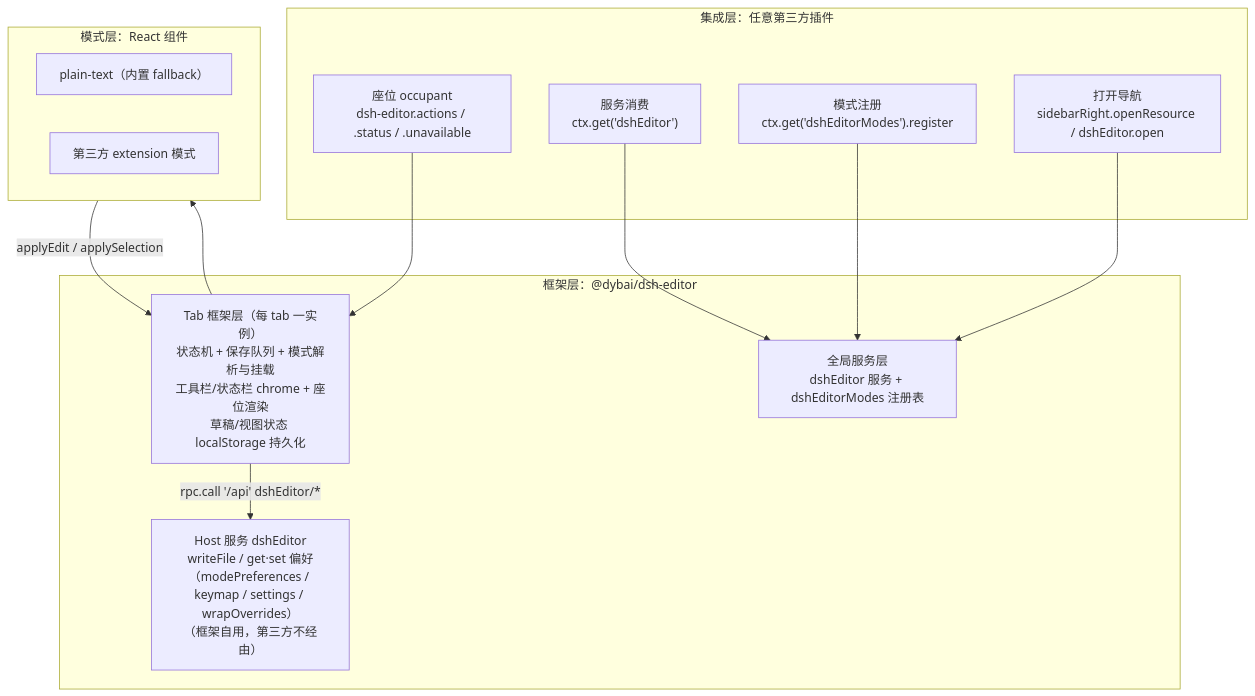
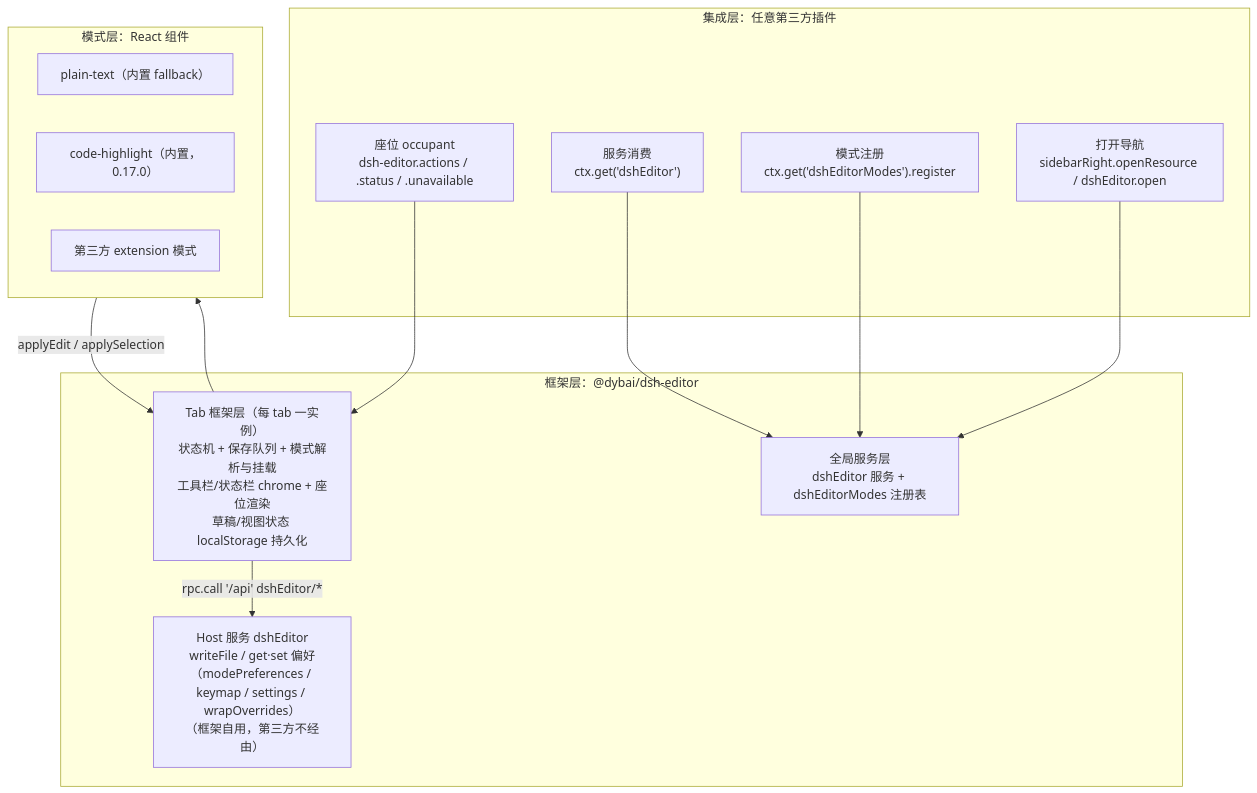
The first of 3 diagrams in docs/contracts.md (dybai/dsh-editor), drawn with Mermaid before and after one commit. The commit also changed other lines of this file and 9 other files, not shown here.

Commit message:
chore: release 0.17.0 — code-highlight mode (docs, version, rebuilt bundles)

````diff
--- a/docs/contracts.md
+++ b/docs/contracts.md
@@ -37,25 +38,26 @@
 ```mermaid
 flowchart TD
     subgraph I["集成层：任意第三方插件"]
         I1["座位 occupant<br/>dsh-editor.actions / .status / .unavailable"]
         I2["服务消费<br/>ctx.get('dshEditor')"]
         I3["模式注册<br/>ctx.get('dshEditorModes').register"]
         I4["打开导航<br/>sidebarRight.openResource / dshEditor.open"]
     end
     subgraph F["框架层：@dybai/dsh-editor"]
         F1["Tab 框架层（每 tab 一实例）<br/>状态机 + 保存队列 + 模式解析与挂载<br/>工具栏/状态栏 chrome + 座位渲染<br/>草稿/视图状态 localStorage 持久化"]
         F2["全局服务层<br/>dshEditor 服务 + dshEditorModes 注册表"]
         F3["Host 服务 dshEditor<br/>writeFile / get·set 偏好（modePreferences / keymap / settings / wrapOverrides）<br/>（框架自用，第三方不经由）"]
     end
     subgraph M["模式层：React 组件"]
         M1["plain-text（内置 fallback）"]
+        M3["code-highlight（内置，0.17.0）"]
         M2["第三方 extension 模式"]
     end
     I1 --> F1
     I2 --> F2
     I3 --> F2
     I4 --> F2
     F1 --> M
     M -->|applyEdit / applySelection| F1
     F1 -->|rpc.call '/api' dshEditor/*| F3
 ```
````
